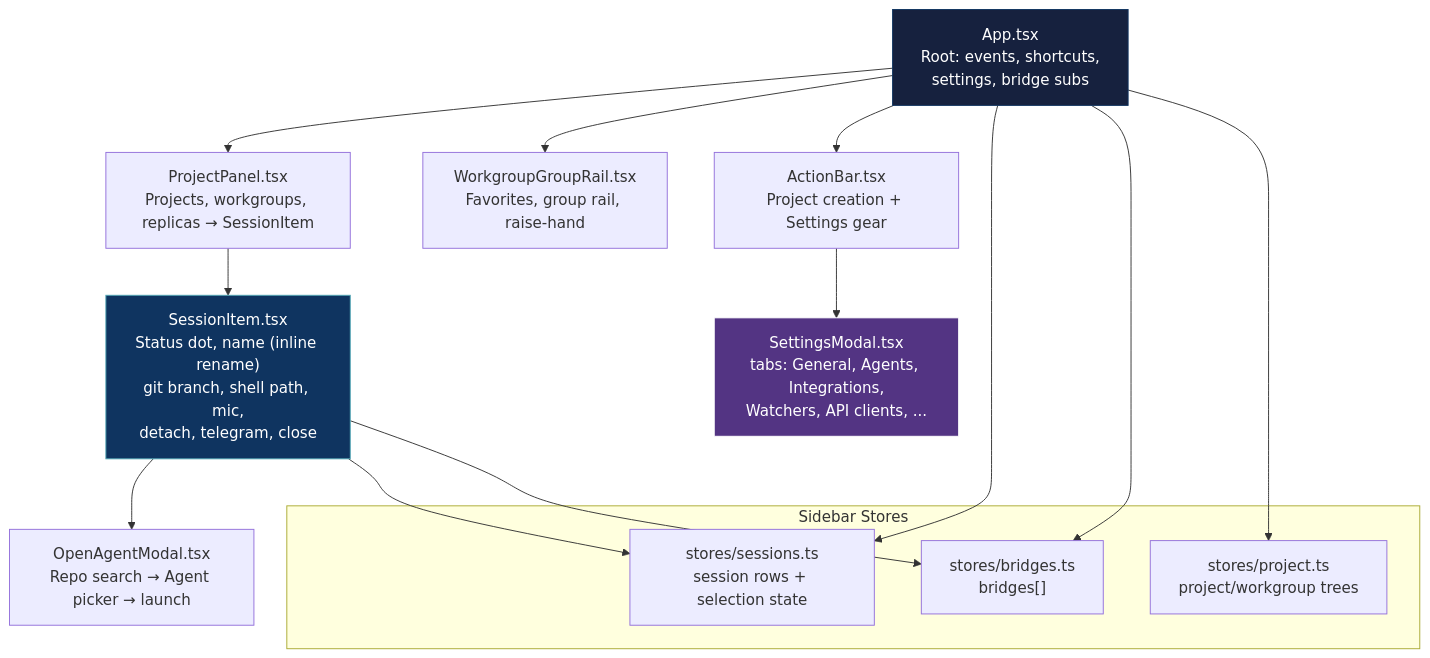
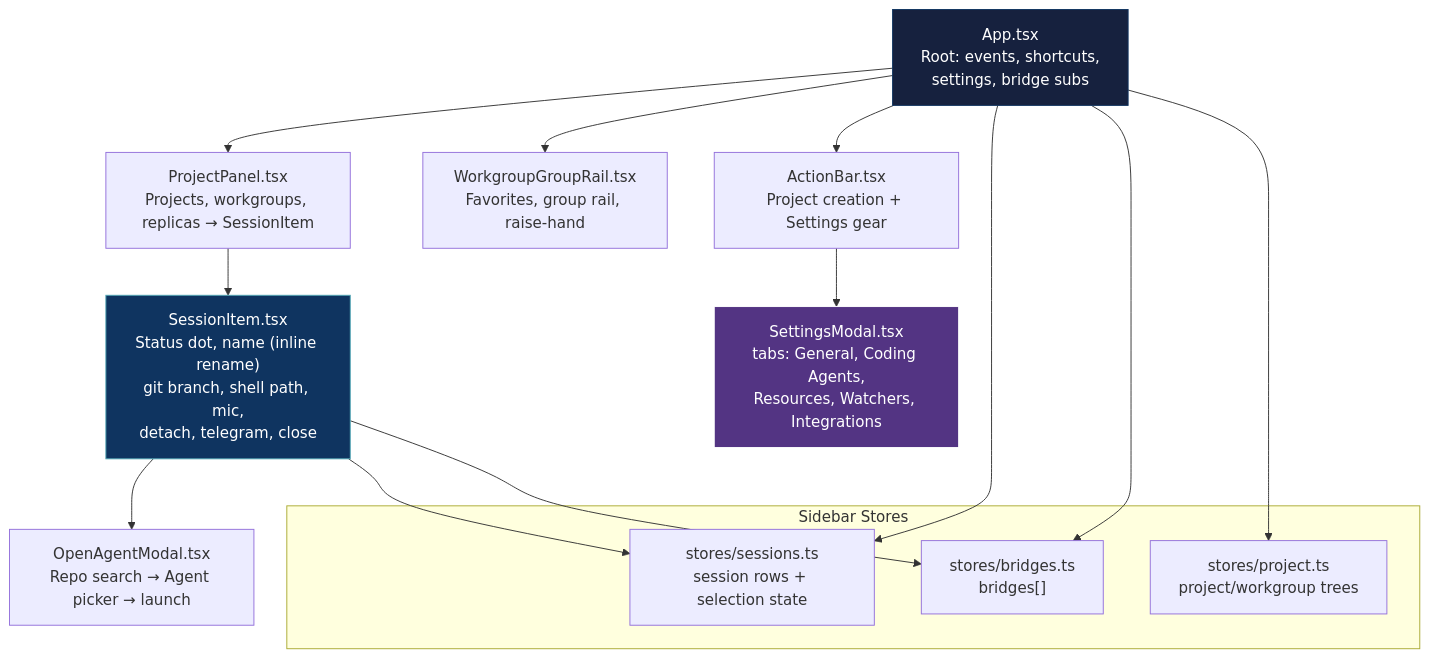
Before and after one commit to mblua/AgentsCommander: the third of 14 diagrams in docs/reference/architecture.md, drawn with Mermaid. The commit also changed other lines of this file and 4 other files, not shown here.

Commit message:
docs(features): add the features index and correct the architecture map (#1407)

````diff
--- a/docs/reference/architecture.md
+++ b/docs/reference/architecture.md
@@ -211,29 +211,29 @@
 ```mermaid
 graph TD
     MA["App.tsx<br/>Root: events, shortcuts,<br/>settings, bridge subs"]
 
     MA --> PP["ProjectPanel.tsx<br/>Projects, workgroups, replicas → SessionItem"]
     MA --> WR["WorkgroupGroupRail.tsx<br/>Favorites, group rail, raise-hand"]
     MA --> AB["ActionBar.tsx<br/>Project creation + Settings gear"]
 
     PP --> SI["SessionItem.tsx<br/>Status dot, name (inline rename)<br/>git branch, shell path, mic,<br/>detach, telegram, close"]
 
-    AB --> SM["SettingsModal.tsx<br/>tabs: General, Agents, Integrations,<br/>Watchers, API clients, ..."]
+    AB --> SM["SettingsModal.tsx<br/>tabs: General, Coding Agents,<br/>Resources, Watchers, Integrations"]
     SI --> OA["OpenAgentModal.tsx<br/>Repo search → Agent picker → launch"]
 
     subgraph "Sidebar Stores"
         SS["stores/sessions.ts<br/>session rows + selection state"]
         BS["stores/bridges.ts<br/>bridges[]"]
         PS["stores/project.ts<br/>project/workgroup trees"]
     end
 
     MA --> SS
     MA --> BS
     MA --> PS
     SI --> SS
     SI --> BS
 
     style MA fill:#16213e,stroke:#0f3460,color:#fff
     style SM fill:#533483,stroke:#fff,color:#fff
     style SI fill:#0f3460,stroke:#53a8b6,color:#fff
 ```
````
